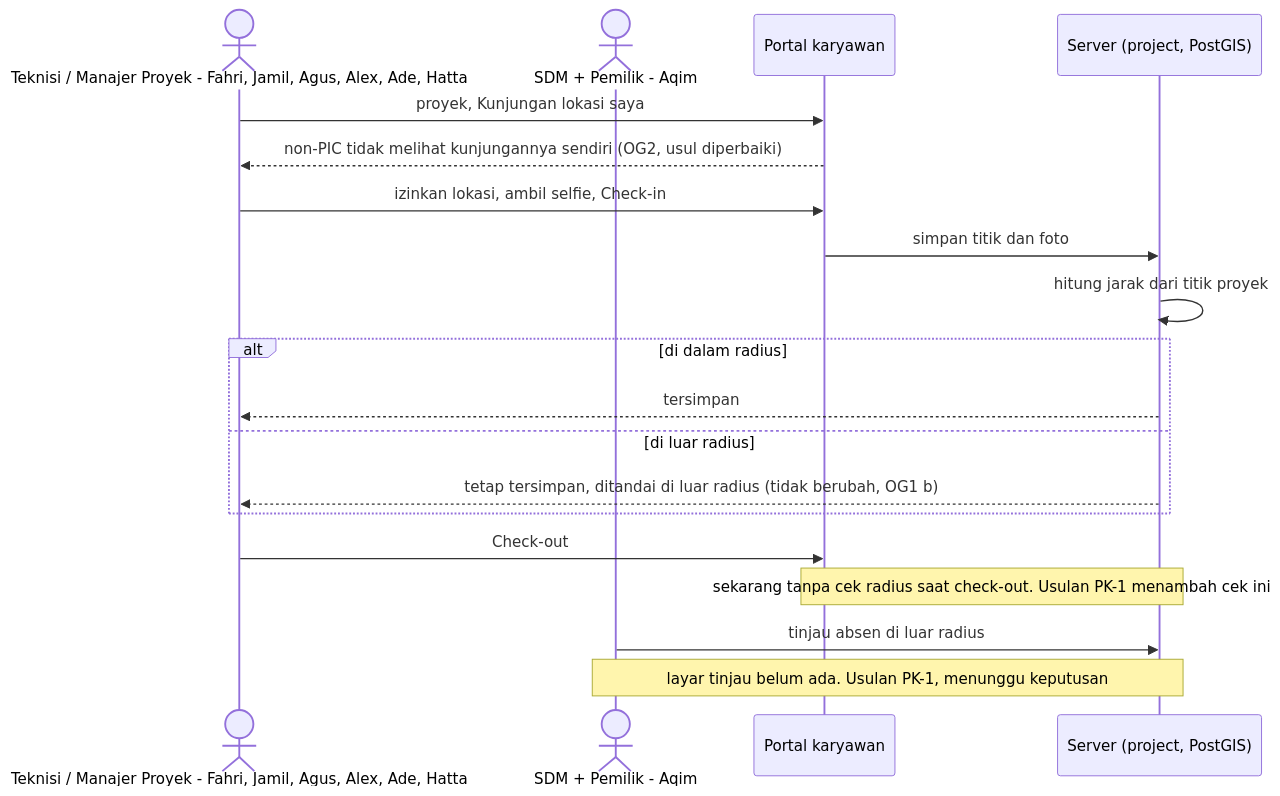
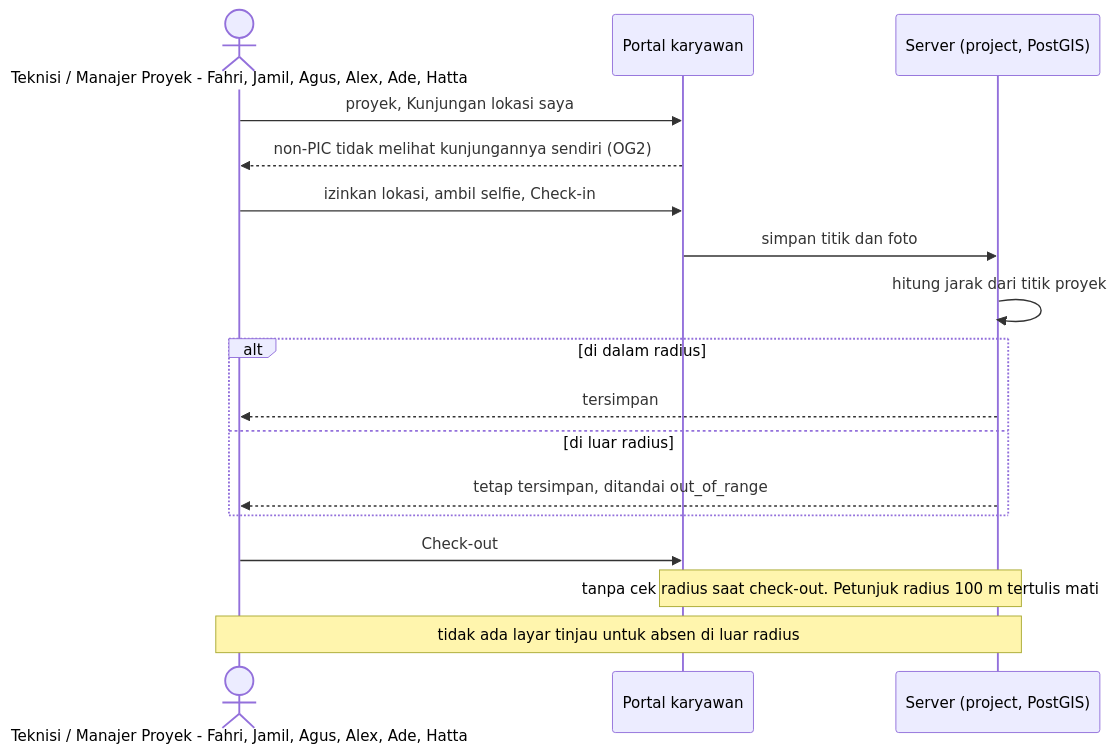
Diagram 21 of 22 in docs/adjustment/diagram-alur/sekarang-vs-sesudah.md (okifirsyah404/ims-erp), drawn with Mermaid before and after one commit. The commit also changed other lines of this file and 10 other files, not shown here.

````diff
--- a/docs/adjustment/diagram-alur/sekarang-vs-sesudah.md
+++ b/docs/adjustment/diagram-alur/sekarang-vs-sesudah.md
@@ -834,22 +865,20 @@
 ```mermaid
 sequenceDiagram
     actor K as Teknisi / Manajer Proyek - Fahri, Jamil, Agus, Alex, Ade, Hatta
-    actor W as SDM + Pemilik - Aqim
     participant EP as Portal karyawan
     participant SV as Server (project, PostGIS)
 
     K->>EP: proyek, Kunjungan lokasi saya
-    EP-->>K: non-PIC tidak melihat kunjungannya sendiri (OG2, usul diperbaiki)
+    EP-->>K: non-PIC tidak melihat kunjungannya sendiri (OG2)
     K->>EP: izinkan lokasi, ambil selfie, Check-in
     EP->>SV: simpan titik dan foto
     SV->>SV: hitung jarak dari titik proyek
     alt di dalam radius
         SV-->>K: tersimpan
     else di luar radius
-        SV-->>K: tetap tersimpan, ditandai di luar radius (tidak berubah, OG1 b)
+        SV-->>K: tetap tersimpan, ditandai out_of_range
     end
     K->>EP: Check-out
-    Note over EP,SV: sekarang tanpa cek radius saat check-out. Usulan PK-1 menambah cek ini
-    W->>SV: tinjau absen di luar radius
-    Note over W,SV: layar tinjau belum ada. Usulan PK-1, menunggu keputusan
+    Note over EP,SV: tanpa cek radius saat check-out. Petunjuk radius 100 m tertulis mati
+    Note over K,SV: tidak ada layar tinjau untuk absen di luar radius
 ```
````
